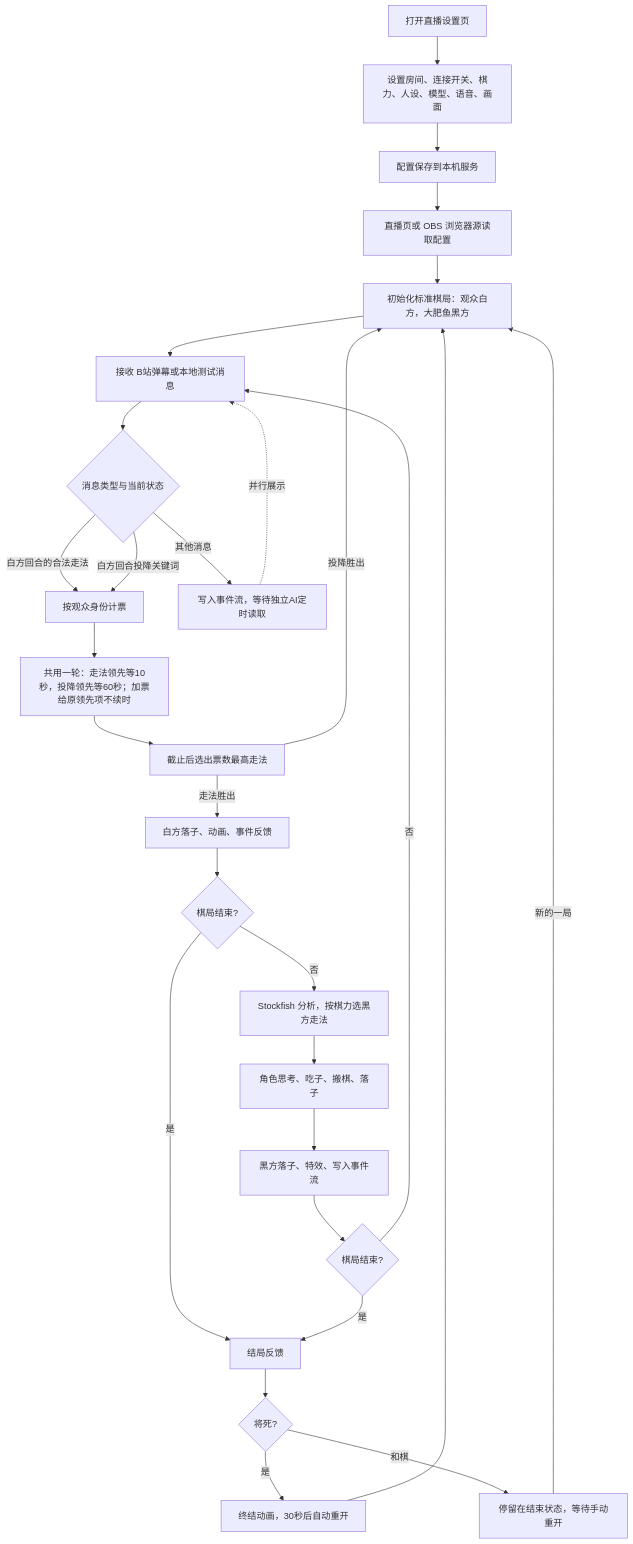
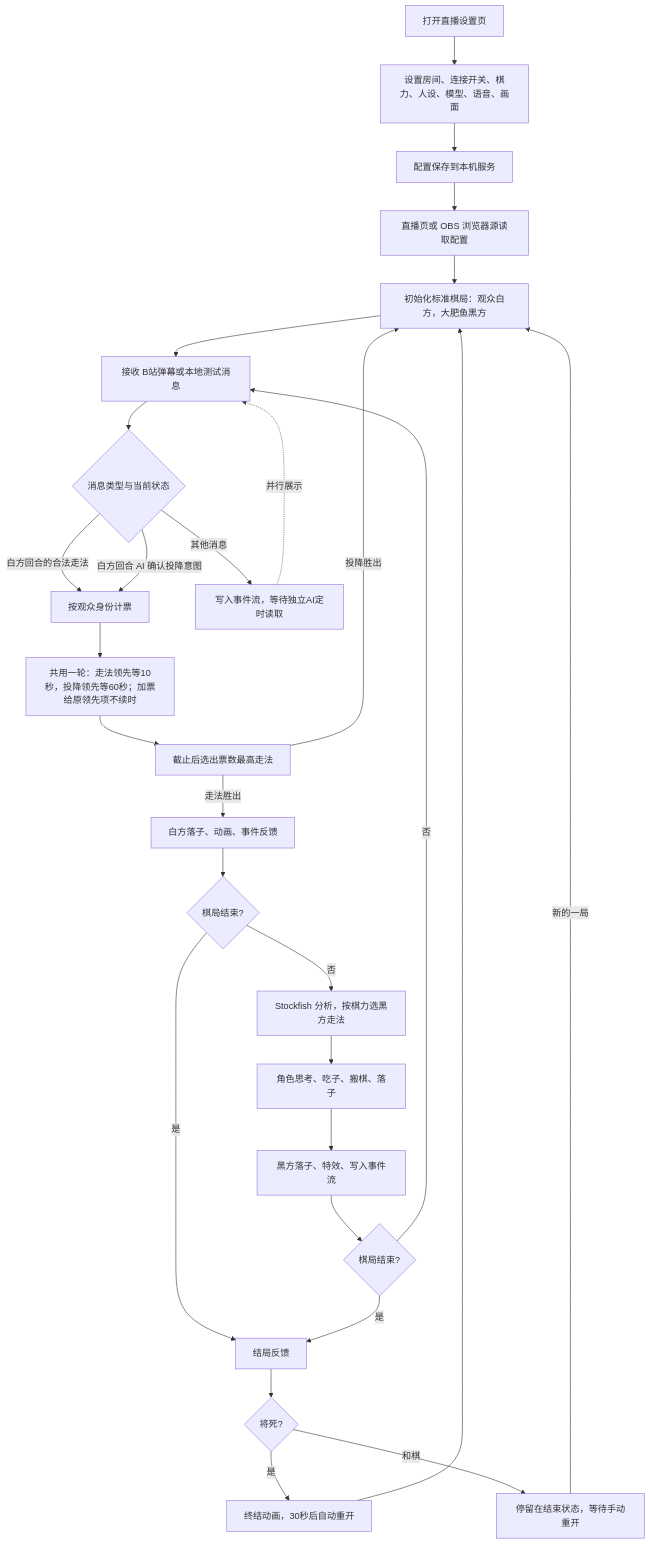
The first of 11 diagrams in docs/live-module-flow.md (kingshottmacrowskice-source/ChessClass), drawn with Mermaid before and after one commit. The commit also changed other lines of this file and 22 other files, not shown here.

````diff
--- a/docs/live-module-flow.md
+++ b/docs/live-module-flow.md
@@ -7,30 +7,30 @@
 ```mermaid
 flowchart TD
     A[打开直播设置页] --> B[设置房间、连接开关、棋力、人设、模型、语音、画面]
     B --> C[配置保存到本机服务]
     C --> D[直播页或 OBS 浏览器源读取配置]
     D --> E[初始化标准棋局：观众白方，大肥鱼黑方]
     E --> F[接收 B站弹幕或本地测试消息]
     F --> G{消息类型与当前状态}
     G -->|白方回合的合法走法| H[按观众身份计票]
-    G -->|白方回合投降关键词| H
+    G -->|白方回合 AI 确认投降意图| H
     G -->|其他消息| J[写入事件流，等待独立AI定时读取]
     H --> K[共用一轮：走法领先等10秒，投降领先等60秒；加票给原领先项不续时]
     K --> L[截止后选出票数最高走法]
     L -->|走法胜出| M[白方落子、动画、事件反馈]
     L -->|投降胜出| E
     M --> N{棋局结束?}
     N -->|否| O[Stockfish 分析，按棋力选黑方走法]
     O --> P[角色思考、吃子、搬棋、落子]
     P --> Q[黑方落子、特效、写入事件流]
     Q --> R{棋局结束?}
     R -->|否| F
     N -->|是| S[结局反馈]
     R -->|是| S
     S --> T{将死?}
     T -->|是| U[终结动画，30秒后自动重开]
     T -->|和棋| V[停留在结束状态，等待手动重开]
     U --> E
     V -->|新的一局| E
     J -.并行展示.-> F
 ```
````
